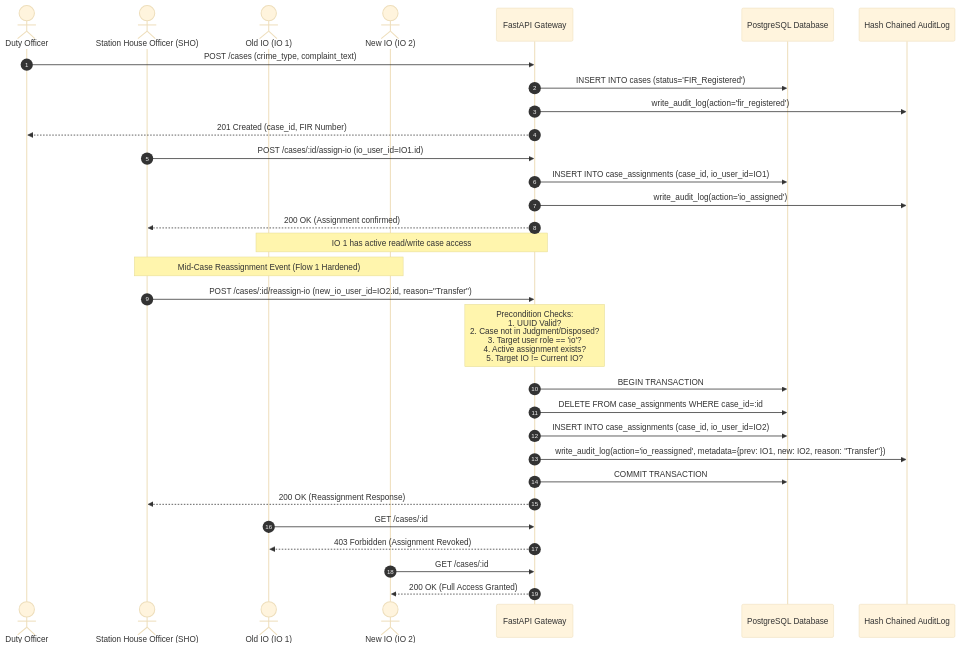
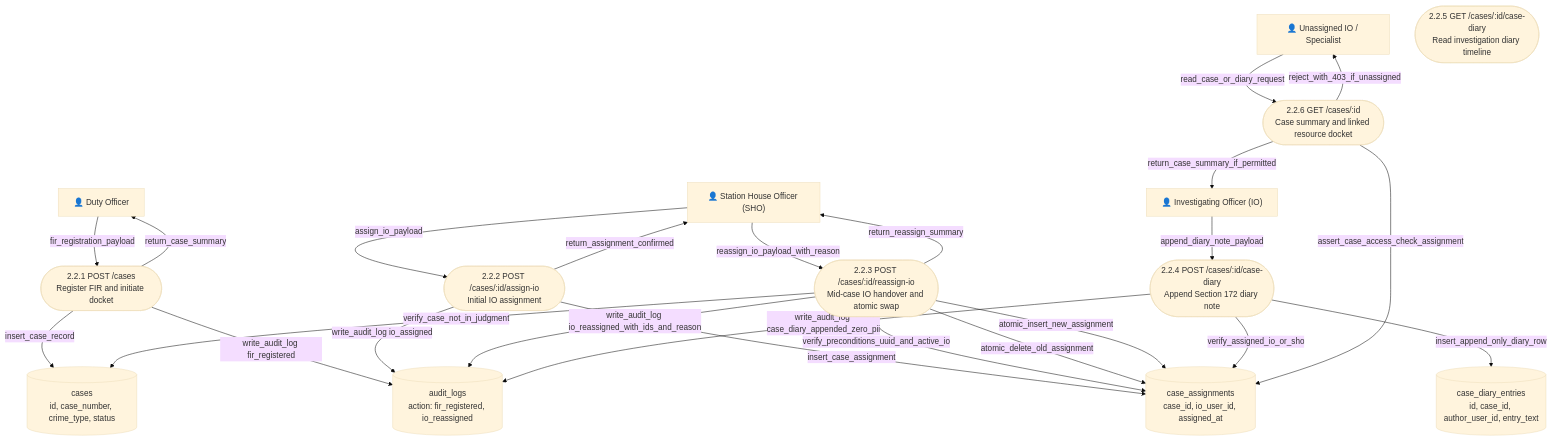
Before and after one commit to VinayakV06V/LegaDoc: the fourth of 9 diagrams in docs/DATA_FLOW_DIAGRAMS.md, drawn with Mermaid (base theme). The commit also changed other lines of this file, not shown here.

Commit message:
docs(dfd): standardize on Clyve DFD format and resolve Mermaid parse errors

````diff
--- a/docs/DATA_FLOW_DIAGRAMS.md
+++ b/docs/DATA_FLOW_DIAGRAMS.md
@@ -182,39 +216,47 @@
 ```mermaid
-sequenceDiagram
-    autonumber
-    actor DutyOfficer as Duty Officer
-    actor SHO as Station House Officer (SHO)
-    actor OldIO as Old IO (IO 1)
-    actor NewIO as New IO (IO 2)
-    participant API as FastAPI Gateway
-    participant DB as PostgreSQL Database
-    participant Audit as Hash Chained AuditLog
+flowchart TB
+    DutyOfficer["👤 Duty Officer"]
+    SHO["👤 Station House Officer (SHO)"]
+    IO["👤 Investigating Officer (IO)"]
+    RestrictedUser["👤 Unassigned IO / Specialist"]
 
-    DutyOfficer->>API: POST /cases (crime_type, complaint_text)
-    API->>DB: INSERT INTO cases (status='FIR_Registered')
-    API->>Audit: write_audit_log(action='fir_registered')
-    API-->>DutyOfficer: 201 Created (case_id, FIR Number)
+    P_REGISTER(["2.2.1 POST /cases<br/>Register FIR and initiate docket"])
+    P_ASSIGN(["2.2.2 POST /cases/:id/assign-io<br/>Initial IO assignment"])
+    P_REASSIGN(["2.2.3 POST /cases/:id/reassign-io<br/>Mid-case IO handover and atomic swap"])
+    P_DIARY_ADD(["2.2.4 POST /cases/:id/case-diary<br/>Append Section 172 diary note"])
+    P_DIARY_LIST(["2.2.5 GET /cases/:id/case-diary<br/>Read investigation diary timeline"])
+    P_CASE_GET(["2.2.6 GET /cases/:id<br/>Case summary and linked resource docket"])
 
-    SHO->>API: POST /cases/:id/assign-io (io_user_id=IO1.id)
-    API->>DB: INSERT INTO case_assignments (case_id, io_user_id=IO1)
-    API->>Audit: write_audit_log(action='io_assigned')
-    API-->>SHO: 200 OK (Assignment confirmed)
+    T_CASES[("cases<br/>id, case_number, crime_type, status")]
+    T_ASSIGN[("case_assignments<br/>case_id, io_user_id, assigned_at")]
+    T_DIARY[("case_diary_entries<br/>id, case_id, author_user_id, entry_text")]
+    T_AUDIT[("audit_logs<br/>action: fir_registered, io_reassigned")]
 
-    Note over OldIO,API: IO 1 has active read/write case access
+    DutyOfficer -->|fir_registration_payload| P_REGISTER
+    P_REGISTER -->|insert_case_record| T_CASES
+    P_REGISTER -->|write_audit_log fir_registered| T_AUDIT
+    P_REGISTER -->|return_case_summary| DutyOfficer
 
-    Note over SHO,NewIO: Mid-Case Reassignment Event (Flow 1 Hardened)
-    SHO->>API: POST /cases/:id/reassign-io (new_io_user_id=IO2.id, reason="Transfer")
-    Note over API: Precondition Checks:<br/>1. UUID Valid?<br/>2. Case not in Judgment/Disposed?<br/>3. Target user role == 'io'?<br/>4. Active assignment exists?<br/>5. Target IO != Current IO?
-    API->>DB: BEGIN TRANSACTION
-    API->>DB: DELETE FROM case_assignments WHERE case_id=:id
-    API->>DB: INSERT INTO case_assignments (case_id, io_user_id=IO2)
-    API->>Audit: write_audit_log(action='io_reassigned', metadata={prev: IO1, new: IO2, reason: "Transfer"})
-    API->>DB: COMMIT TRANSACTION
-    API-->>SHO: 200 OK (Reassignment Response)
+    SHO -->|assign_io_payload| P_ASSIGN
+    P_ASSIGN -->|insert_case_assignment| T_ASSIGN
+    P_ASSIGN -->|write_audit_log io_assigned| T_AUDIT
+    P_ASSIGN -->|return_assignment_confirmed| SHO
 
-    OldIO->>API: GET /cases/:id
-    API-->>OldIO: 403 Forbidden (Assignment Revoked)
+    SHO -->|reassign_io_payload_with_reason| P_REASSIGN
+    P_REASSIGN -->|verify_preconditions_uuid_and_active_io| T_ASSIGN
+    P_REASSIGN -->|verify_case_not_in_judgment| T_CASES
+    P_REASSIGN -->|atomic_delete_old_assignment| T_ASSIGN
+    P_REASSIGN -->|atomic_insert_new_assignment| T_ASSIGN
+    P_REASSIGN -->|write_audit_log io_reassigned_with_ids_and_reason| T_AUDIT
+    P_REASSIGN -->|return_reassign_summary| SHO
 
-    NewIO->>API: GET /cases/:id
-    API-->>NewIO: 200 OK (Full Access Granted)
+    IO -->|append_diary_note_payload| P_DIARY_ADD
+    P_DIARY_ADD -->|verify_assigned_io_or_sho| T_ASSIGN
+    P_DIARY_ADD -->|insert_append_only_diary_row| T_DIARY
+    P_DIARY_ADD -->|write_audit_log case_diary_appended_zero_pii| T_AUDIT
+
+    RestrictedUser -->|read_case_or_diary_request| P_CASE_GET
+    P_CASE_GET -->|assert_case_access_check_assignment| T_ASSIGN
+    P_CASE_GET -->|reject_with_403_if_unassigned| RestrictedUser
+    P_CASE_GET -->|return_case_summary_if_permitted| IO
 ```
````
